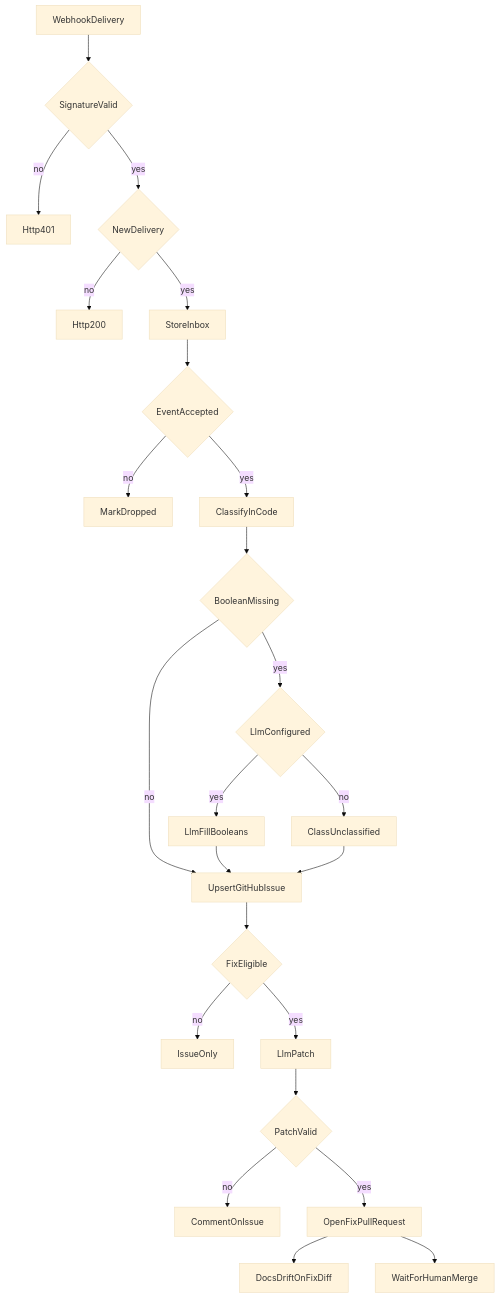
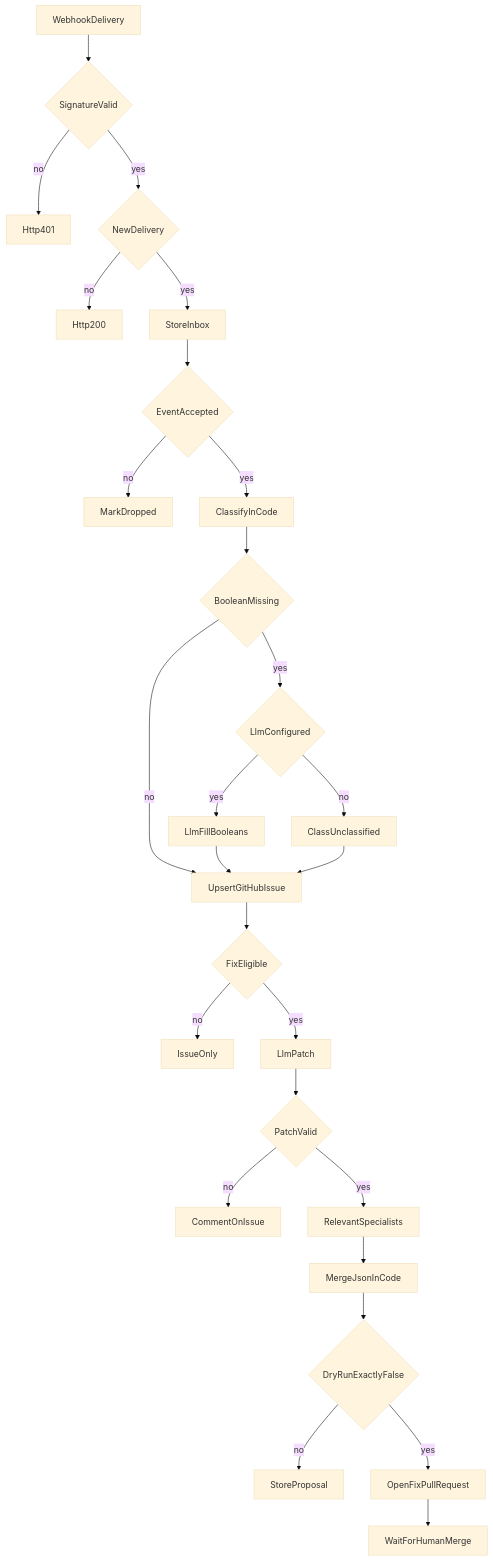
The third of 5 diagrams in .ai/runs/2026-10-19-logs-watcher/04-architecture.md (ArturVargas/logs_watcher), drawn with Mermaid (base theme) before and after one commit. The commit also changed other lines of this file and 3 other files, not shown here.

````diff
--- a/.ai/runs/2026-10-19-logs-watcher/04-architecture.md
+++ b/.ai/runs/2026-10-19-logs-watcher/04-architecture.md
@@ -119,26 +130,29 @@
 ```mermaid
 flowchart TD
   delivery[WebhookDelivery] --> signature{SignatureValid}
   signature -->|no| reject[Http401]
   signature -->|yes| dedupe{NewDelivery}
   dedupe -->|no| ack[Http200]
   dedupe -->|yes| store[StoreInbox]
   store --> accept{EventAccepted}
   accept -->|no| drop[MarkDropped]
   accept -->|yes| classify[ClassifyInCode]
   classify --> missing{BooleanMissing}
   missing -->|no| fileIssue[UpsertGitHubIssue]
   missing -->|yes| llmOn{LlmConfigured}
   llmOn -->|no| unclassified[ClassUnclassified]
   llmOn -->|yes| llmFill[LlmFillBooleans]
   llmFill --> fileIssue
   unclassified --> fileIssue
   fileIssue --> eligible{FixEligible}
   eligible -->|no| stopNode[IssueOnly]
   eligible -->|yes| patch[LlmPatch]
   patch --> valid{PatchValid}
   valid -->|no| comment[CommentOnIssue]
-  valid -->|yes| pr[OpenFixPullRequest]
-  pr --> docs[DocsDriftOnFixDiff]
+  valid -->|yes| specialists[RelevantSpecialists]
+  specialists --> mergeJson[MergeJsonInCode]
+  mergeJson --> dry{DryRunExactlyFalse}
+  dry -->|no| storeOnly[StoreProposal]
+  dry -->|yes| pr[OpenFixPullRequest]
   pr --> waitHuman[WaitForHumanMerge]
 ```
````
